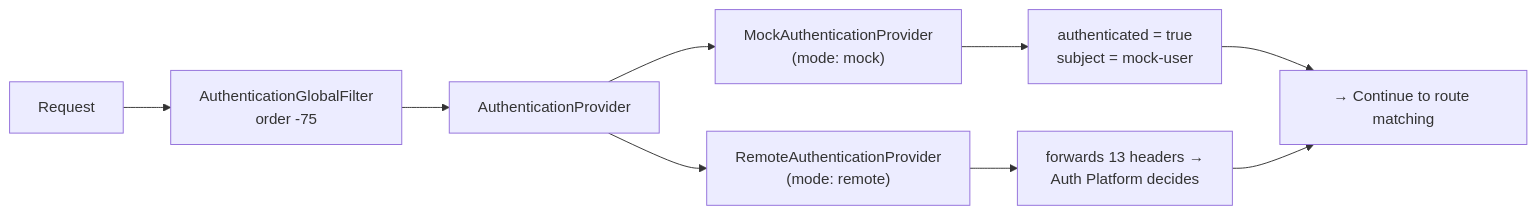
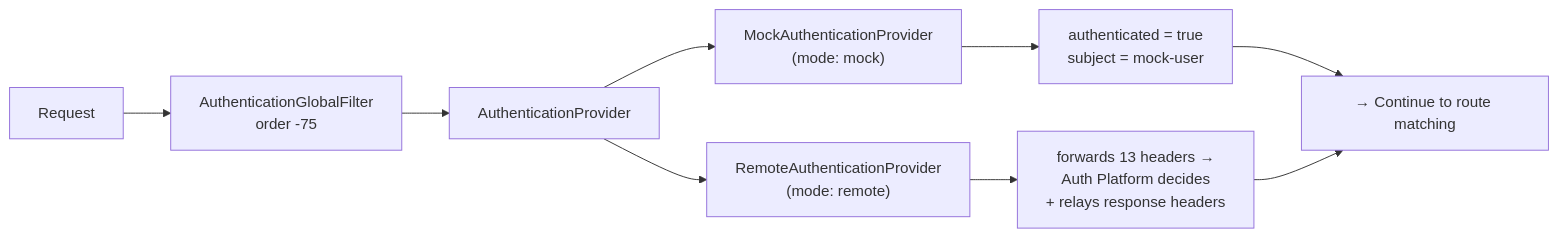
Before and after one commit to abhim8/api-gateway: the third of 3 diagrams in README.md, drawn with Mermaid. The commit also changed other lines of this file and 11 other files, not shown here.

Commit message:
feat(auth): relay authentication response headers from Auth Platform

````diff
--- a/README.md
+++ b/README.md
@@ -259,14 +260,14 @@
 ```mermaid
 graph LR
     Request --> AuthGlobalFilter["AuthenticationGlobalFilter<br/>order -75"]
     AuthGlobalFilter --> AuthProvider["AuthenticationProvider"]
 
     AuthProvider --> Mock["MockAuthenticationProvider<br/>(mode: mock)"]
     AuthProvider --> Remote["RemoteAuthenticationProvider<br/>(mode: remote)"]
 
     Mock --> MockResult["authenticated = true<br/>subject = mock-user"]
-    Remote --> RemoteResult["forwards 13 headers →<br/>Auth Platform decides"]
+    Remote --> RemoteResult["forwards 13 headers →<br/>Auth Platform decides<br/>+ relays response headers"]
 
     MockResult --> Continue["→ Continue to route matching"]
     RemoteResult --> Continue
 ```
````
